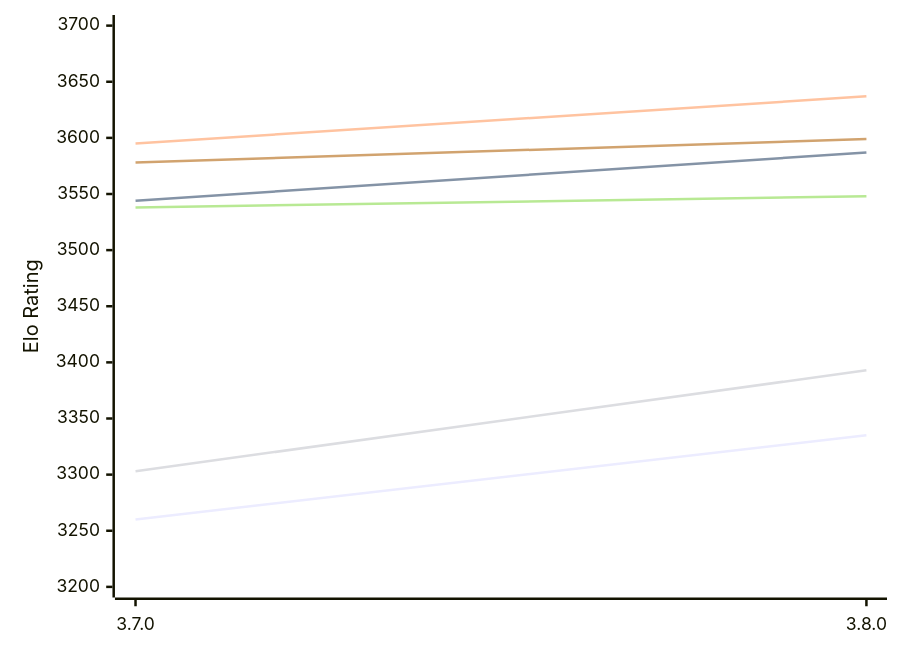
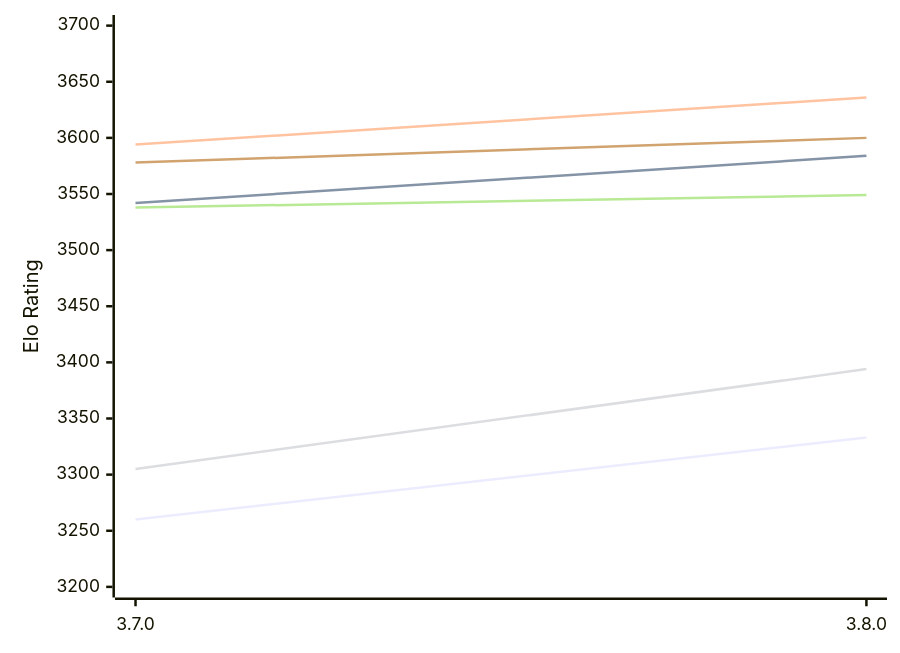
Before and after one commit to computer-chess-index/cci: the first of 2 diagrams in engines/Igel.md, drawn with Mermaid. The commit also changed other lines of this file, not shown here.

Commit message:
Update CCI Ratings (ELO VLTC) - 2026-11-28

````diff
--- a/engines/Igel.md
+++ b/engines/Igel.md
@@ -51,12 +51,12 @@
 ```mermaid
 %%{init: {"theme":"base","themeVariables":{"seriesColors:['#a3a3a3','#222221','#faa371']}}}%%
 xychart-beta
   x-axis ["3.7.0", "3.8.0"]
   y-axis "Elo Rating" 3200 --> 3700
-  line "E1: STC (8.0+0.08s)" [3260, 3335]
-  line "E1: LTC (60.0+0.60s)" [3544, 3587]
-  line "E1: VLTC (2m24s+1.12s)" [3595, 3637]
-  line "P1: STC (8.0+0.08s)" [3303, 3393]
-  line "P1: LTC (60.0+0.60s)" [3538, 3548]
-  line "P1: VLTC (2m24s+1.12s)" [3578, 3599]
+  line "E1: STC (8.0+0.08s)" [3260, 3333]
+  line "E1: LTC (60.0+0.60s)" [3542, 3584]
+  line "E1: VLTC (2m24s+1.12s)" [3594, 3636]
+  line "P1: STC (8.0+0.08s)" [3305, 3394]
+  line "P1: LTC (60.0+0.60s)" [3538, 3549]
+  line "P1: VLTC (2m24s+1.12s)" [3578, 3600]
 ```
````
